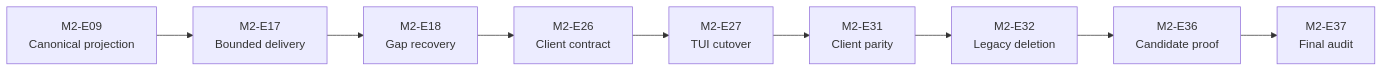
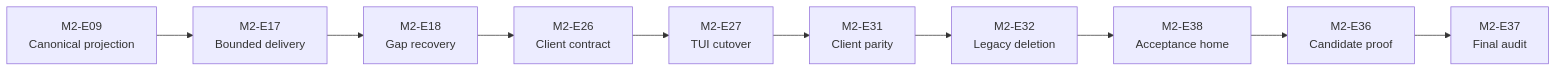
Before and after one commit to agentjido/jido_console: the diagram in roadmap/milestones/02-ship-supervised-session-plane/milestone.md, drawn with Mermaid. The commit also changed other lines of this file and 9 other files, not shown here.

Commit message:
fix: isolate release acceptance home (jido_console-zs5)

````diff
--- a/roadmap/milestones/02-ship-supervised-session-plane/milestone.md
+++ b/roadmap/milestones/02-ship-supervised-session-plane/milestone.md
@@ -89,11 +90,12 @@
 ```mermaid
 flowchart LR
     E09["M2-E09<br/>Canonical projection"] --> E17["M2-E17<br/>Bounded delivery"]
     E17 --> E18["M2-E18<br/>Gap recovery"]
     E18 --> E26["M2-E26<br/>Client contract"]
     E26 --> E27["M2-E27<br/>TUI cutover"]
     E27 --> E31["M2-E31<br/>Client parity"]
     E31 --> E32["M2-E32<br/>Legacy deletion"]
-    E32 --> E36["M2-E36<br/>Candidate proof"]
+    E32 --> E38["M2-E38<br/>Acceptance home"]
+    E38 --> E36["M2-E36<br/>Candidate proof"]
     E36 --> E37["M2-E37<br/>Final audit"]
 ```
````
